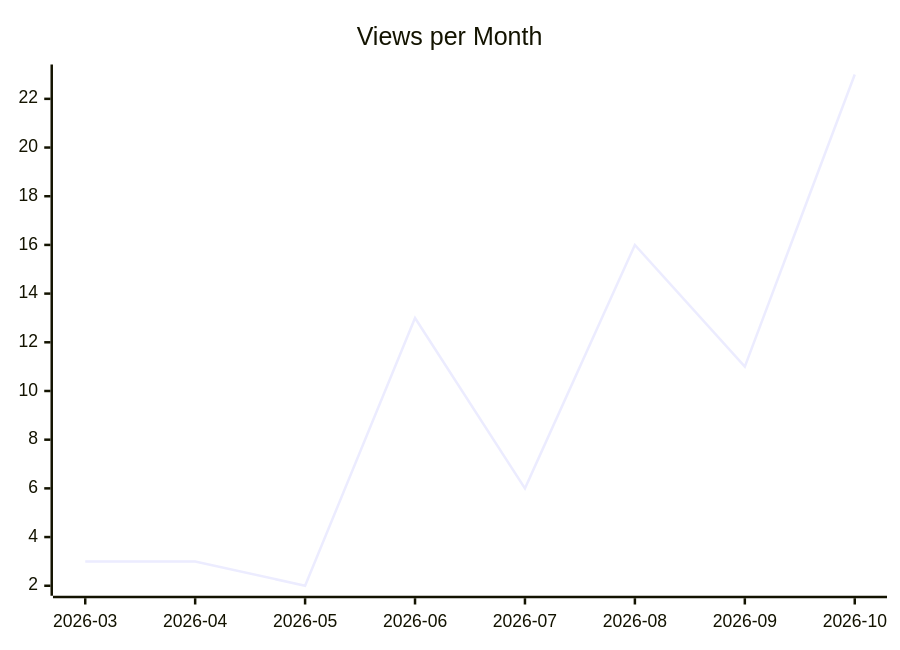
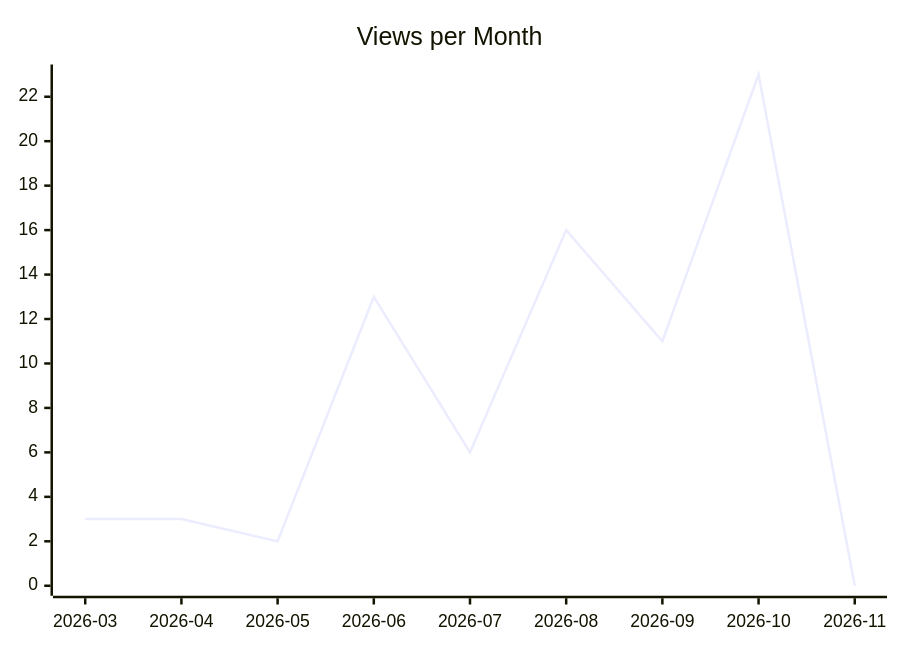
One commit to justdavis-family/github-analytics-data changed the second of 3 diagrams in karlmdavis/rps-tourney/README.md. Above: the diagram before and after it, drawn with Mermaid. The commit also changed other lines of this file and 201 other files, not shown here.

````diff
--- a/karlmdavis/rps-tourney/README.md
+++ b/karlmdavis/rps-tourney/README.md
@@ -12,6 +12,6 @@
 ```mermaid
 xychart-beta
   title "Views per Month"
-  x-axis ["2026-03", "2026-04", "2026-05", "2026-06", "2026-07", "2026-08", "2026-09", "2026-10"]
-  line [3, 3, 2, 13, 6, 16, 11, 23]
+  x-axis ["2026-03", "2026-04", "2026-05", "2026-06", "2026-07", "2026-08", "2026-09", "2026-10", "2026-11"]
+  line [3, 3, 2, 13, 6, 16, 11, 23, 0]
 ```
````
